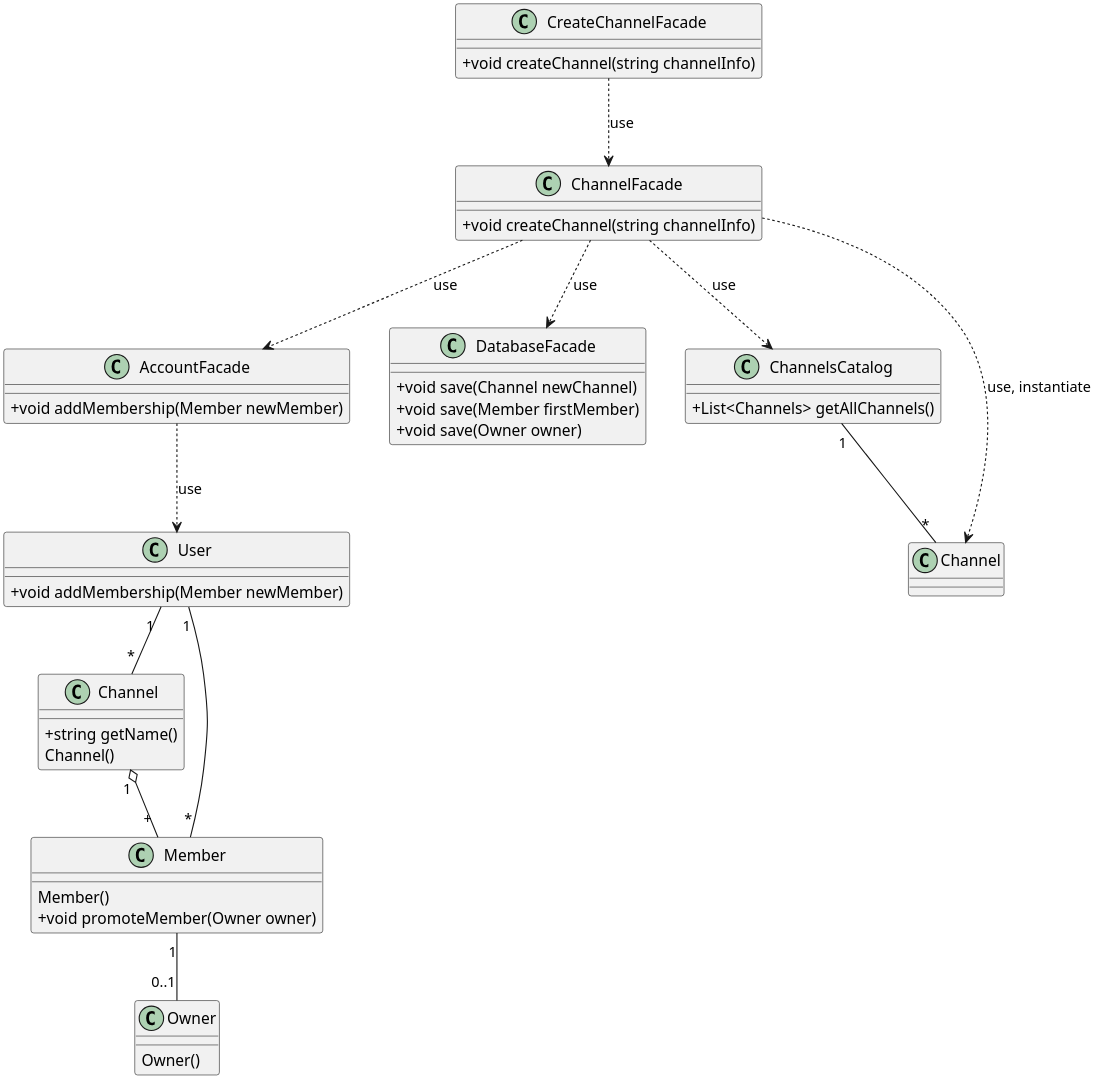
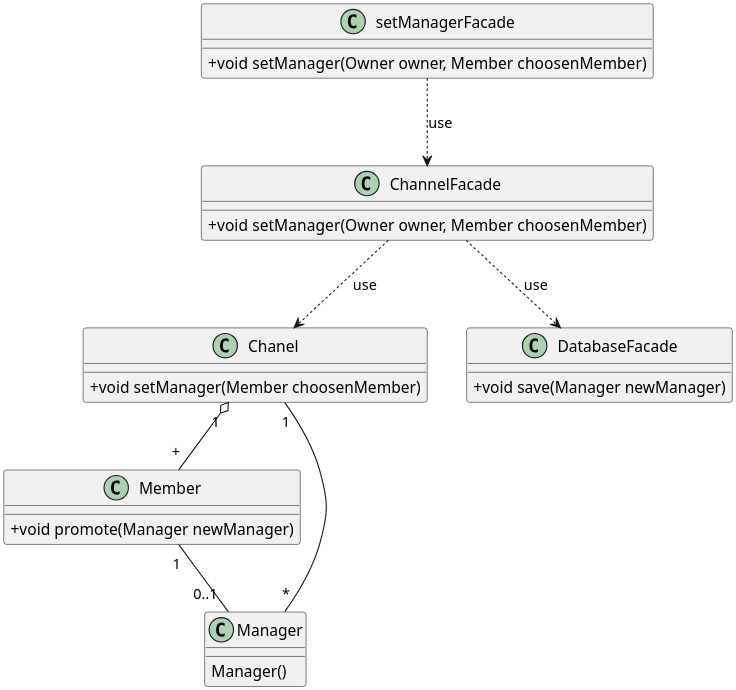
The diagram in Diagrams/Design Class/CreateChanel.puml (soleyman79/Qasedak), drawn with PlantUML before and after one commit. The commit also changed 1 other file, not shown here.

Commit message:
Design class: all: merged all design classes

```diff
--- a/Diagrams/Design Class/CreateChanel.puml
+++ b/Diagrams/Design Class/CreateChanel.puml
@@ -1,61 +1,42 @@
-@startuml create_chanel
+@startuml choose_manager
+
 
 scale 3
 skinparam DefaultFontName B Nazanin
 skinparam ArrowMessageAlignment right
 skinparam classAttributeIconSize 0
 
-class "User" as user {
-    +void addMembership(Member newMember)
-}
 
-class "Channel" as chanel {
-    +string getName()
-    Channel()
+class "Chanel" as chanel {
+    +void setManager(Member choosenMember)
 }
 
 class "Member" as member {
-    Member()
-    +void promoteMember(Owner owner)
+    +void promote(Manager newManager)
 }
 
-class "Owner" as owner {
-    Owner()
+class "Manager" as manager {
+    Manager()
 }
 
-class CreateChannelFacade {
-    +void createChannel(string channelInfo)
+class setManagerFacade {
+    +void setManager(Owner owner, Member choosenMember)
 }
 
 class ChannelFacade {
-    +void createChannel(string channelInfo)
+    +void setManager(Owner owner, Member choosenMember)
 }
 
-class AccountFacade {
-    +void addMembership(Member newMember)
+
+class "DatabaseFacade" {
+    +void save(Manager newManager)
 }
 
-class DatabaseFacade {
-    +void save(Channel newChannel)
-    +void save(Member firstMember)
-    +void save(Owner owner)
-}
-
-class ChannelsCatalog {
-    +List<Channels> getAllChannels()
-}
-
-user "          1" -- "*" chanel
-chanel "        1" o-- "            +" member
-member "1" -- "0..1" owner
-user "1" -- "*" member
-ChannelsCatalog "1" -- "*" Channel
-CreateChannelFacade ..> ChannelFacade :use
-ChannelFacade ..> ChannelsCatalog :use
-ChannelFacade ..> Channel :use, instantiate
+chanel "            1" o-- "            +" member
+member "        1" -- "          0..1" manager
+chanel "1" -- "*" manager
+setManagerFacade ..> ChannelFacade :use
+ChannelFacade ..> chanel :use
 ChannelFacade ..> DatabaseFacade :use
-ChannelFacade ..> AccountFacade :use
-AccountFacade ..> user :use
-
 
 @enduml
```
